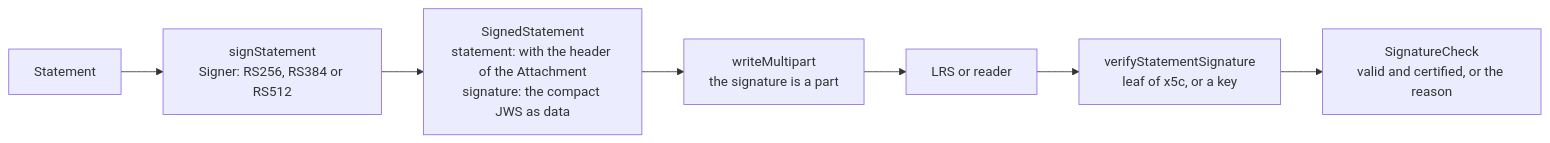
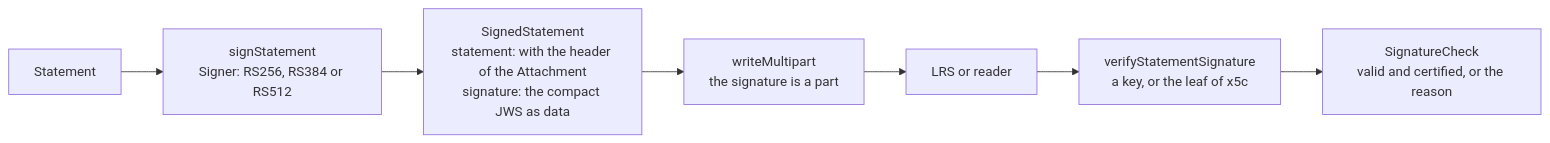
The diagram in docs/learning-records/signing.md (interopkit/interopkit), drawn with Mermaid before and after one commit. The commit also changed other lines of this file and 8 other files, not shown here.

````diff
--- a/docs/learning-records/signing.md
+++ b/docs/learning-records/signing.md
@@ -7,9 +7,9 @@
 ```mermaid
 flowchart LR
   statement["Statement"] --> sign["signStatement<br/>Signer: RS256, RS384 or RS512"]
   sign --> signed["SignedStatement<br/>statement: with the header of the Attachment<br/>signature: the compact JWS as data"]
   signed --> send["writeMultipart<br/>the signature is a part"]
   send --> lrs["LRS or reader"]
-  lrs --> verify["verifyStatementSignature<br/>leaf of x5c, or a key"]
+  lrs --> verify["verifyStatementSignature<br/>a key, or the leaf of x5c"]
   verify --> check["SignatureCheck<br/>valid and certified, or the reason"]
 ```
````
